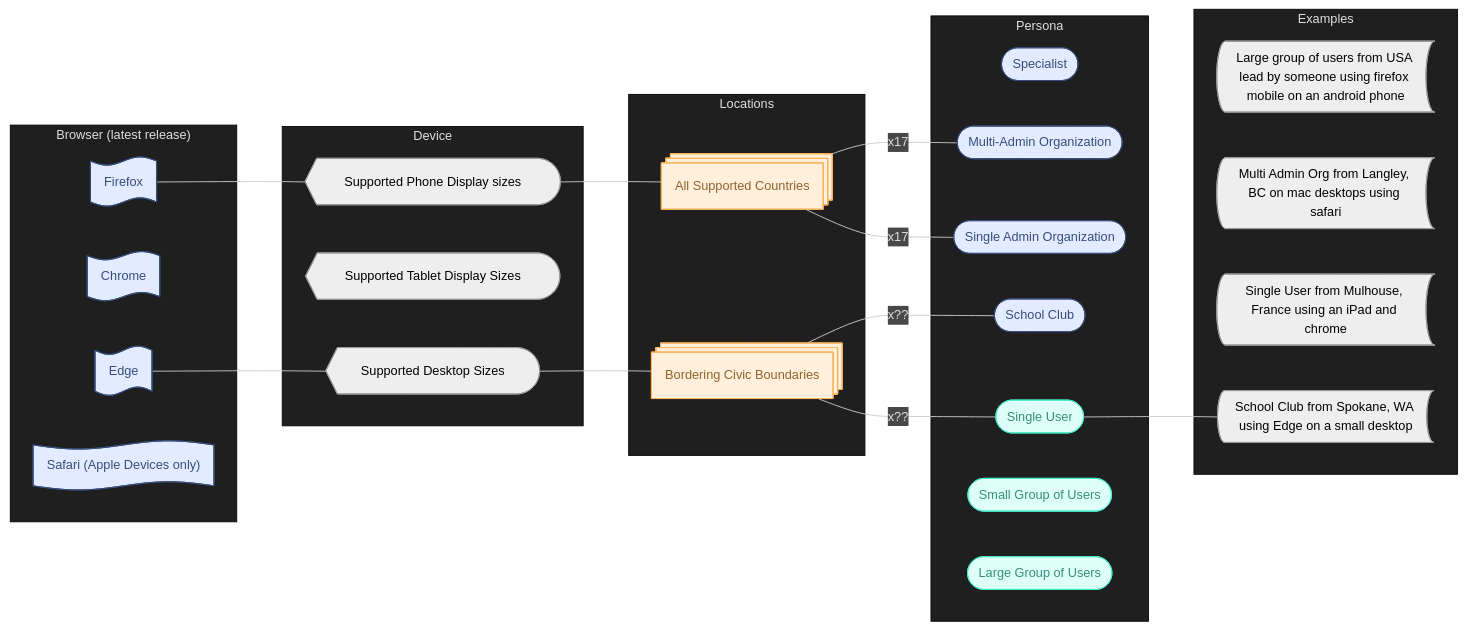
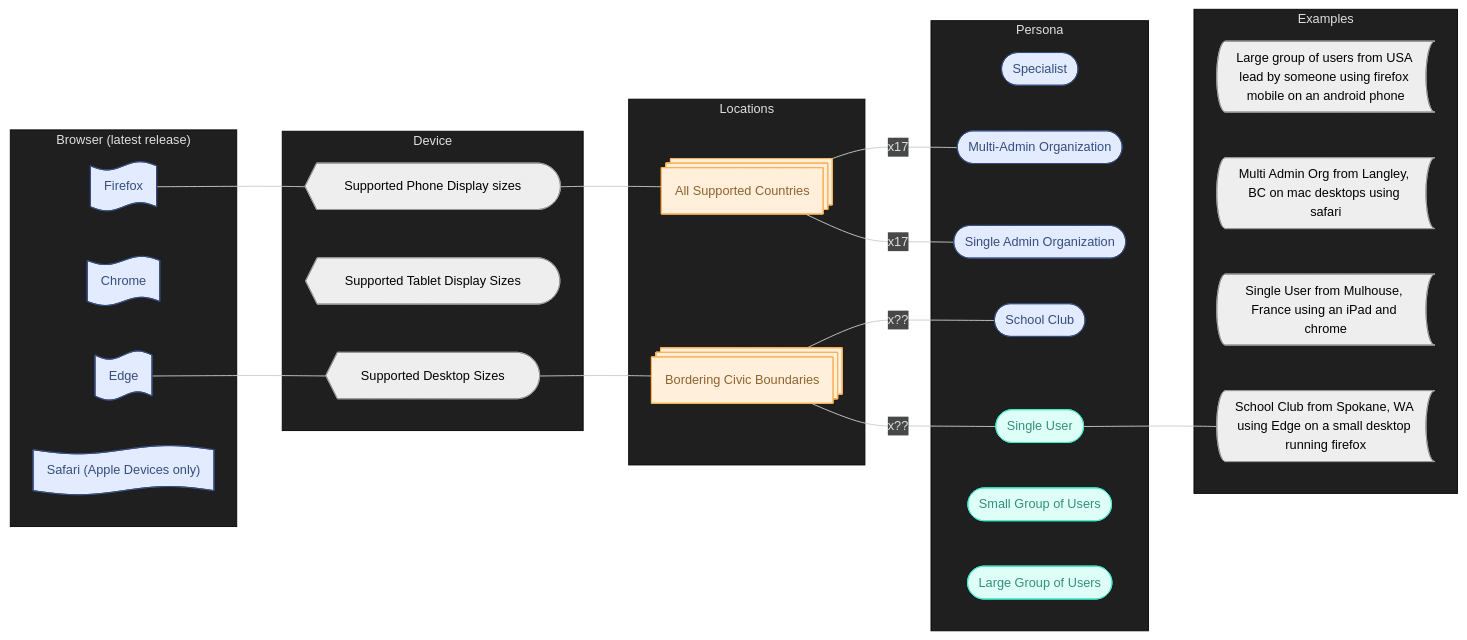
The diagram in src/docs/en/persona-matrix.md (JustServe-Resources/Documentation), drawn with Mermaid before and after one commit.

Commit message:
Update 4th example in persona matrix
add the missing browser in the example

```diff
--- a/src/docs/en/persona-matrix.md
+++ b/src/docs/en/persona-matrix.md
@@ -24,7 +24,7 @@
         n11["Large group of users from USA lead by someone using firefox mobile on an android phone"]
         n10["Multi Admin Org from Langley, BC on mac desktops using safari"]
         n12["Single User from Mulhouse, France using an iPad and chrome"]
-        n13["School Club from Spokane, WA using Edge on a small desktop"]
+        n13["School Club from Spokane, WA using Edge on a small desktop running firefox"]
   end
  subgraph s4["Device"]
         n15["Supported Phone Display sizes"]
```
